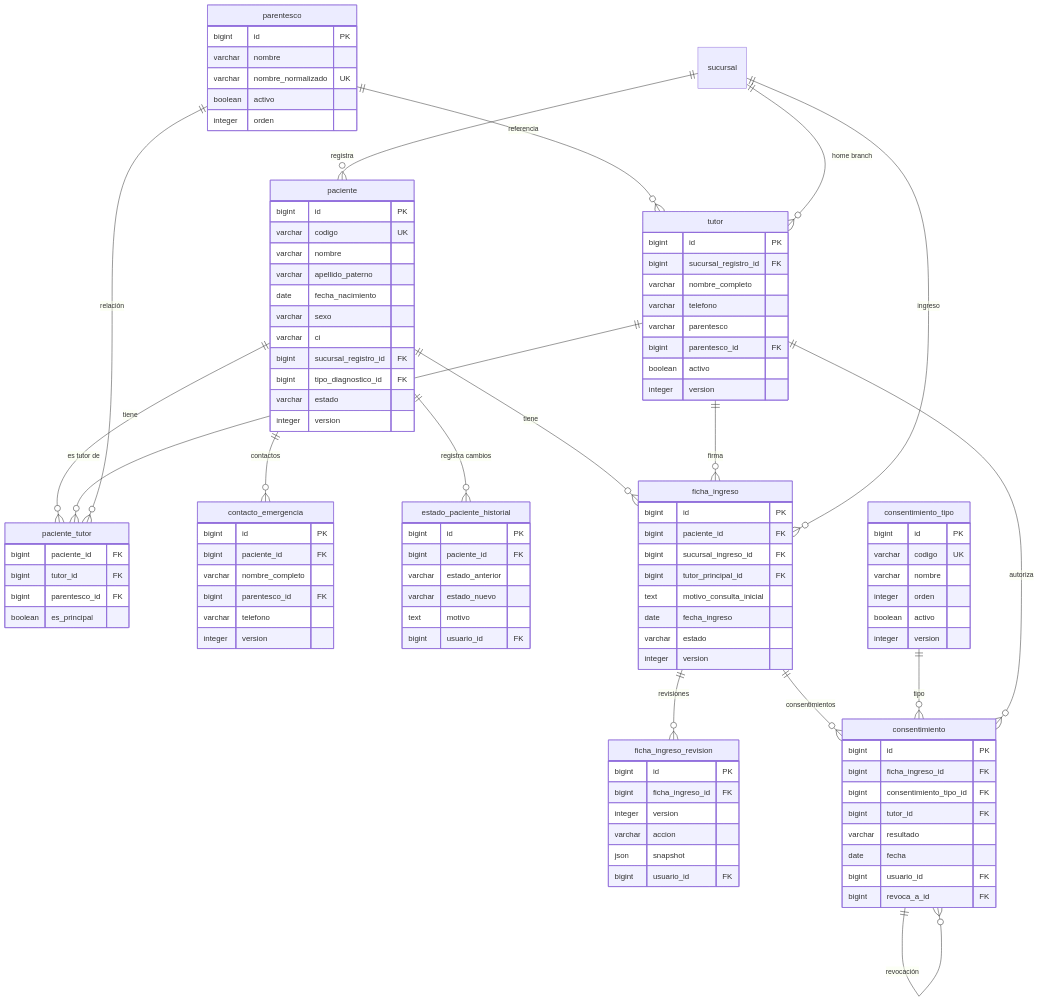
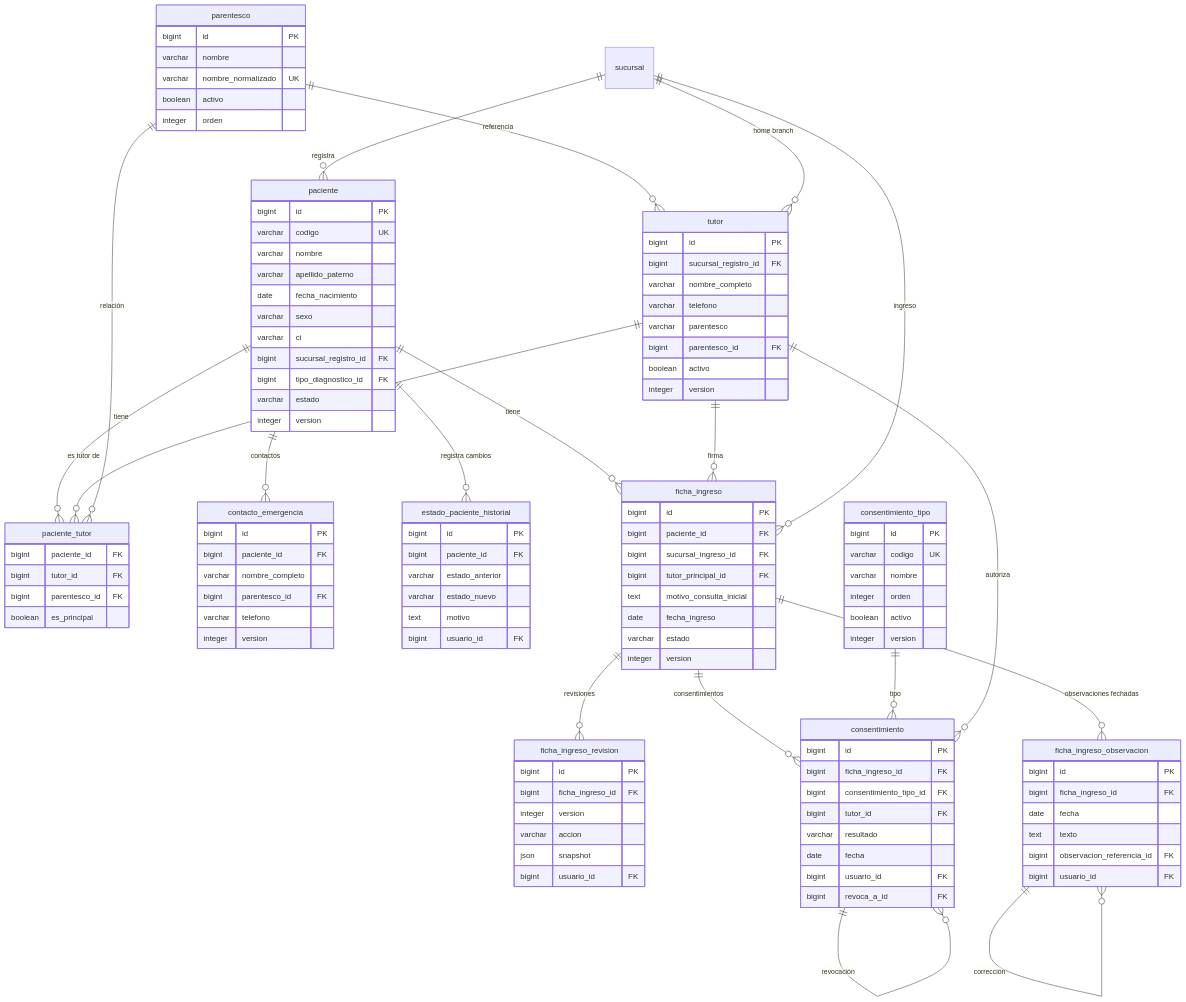
One commit to Grillo26/SistemaTalitaCumi changed the third of 10 diagrams in backend/database/database.md. Above: the diagram before and after it, drawn with Mermaid. The commit also changed other lines of this file and 37 other files, not shown here.

Commit message:
feat: 03_ficha_ingreso

````diff
--- a/backend/database/database.md
+++ b/backend/database/database.md
@@ -266,6 +266,14 @@
         bigint usuario_id FK
         bigint revoca_a_id FK
     }
+    ficha_ingreso_observacion {
+        bigint id PK
+        bigint ficha_ingreso_id FK
+        date fecha
+        text texto
+        bigint observacion_referencia_id FK
+        bigint usuario_id FK
+    }
 
     paciente ||--o{ paciente_tutor : "tiene"
     tutor ||--o{ paciente_tutor : "es tutor de"
@@ -281,6 +289,8 @@
     consentimiento_tipo ||--o{ consentimiento : "tipo"
     tutor ||--o{ consentimiento : "autoriza"
     consentimiento ||--o{ consentimiento : "revocación"
+    ficha_ingreso ||--o{ ficha_ingreso_observacion : "observaciones fechadas"
+    ficha_ingreso_observacion ||--o{ ficha_ingreso_observacion : "corrección"
     sucursal ||--o{ paciente : "registra"
     sucursal ||--o{ tutor : "home branch"
 ```
````
